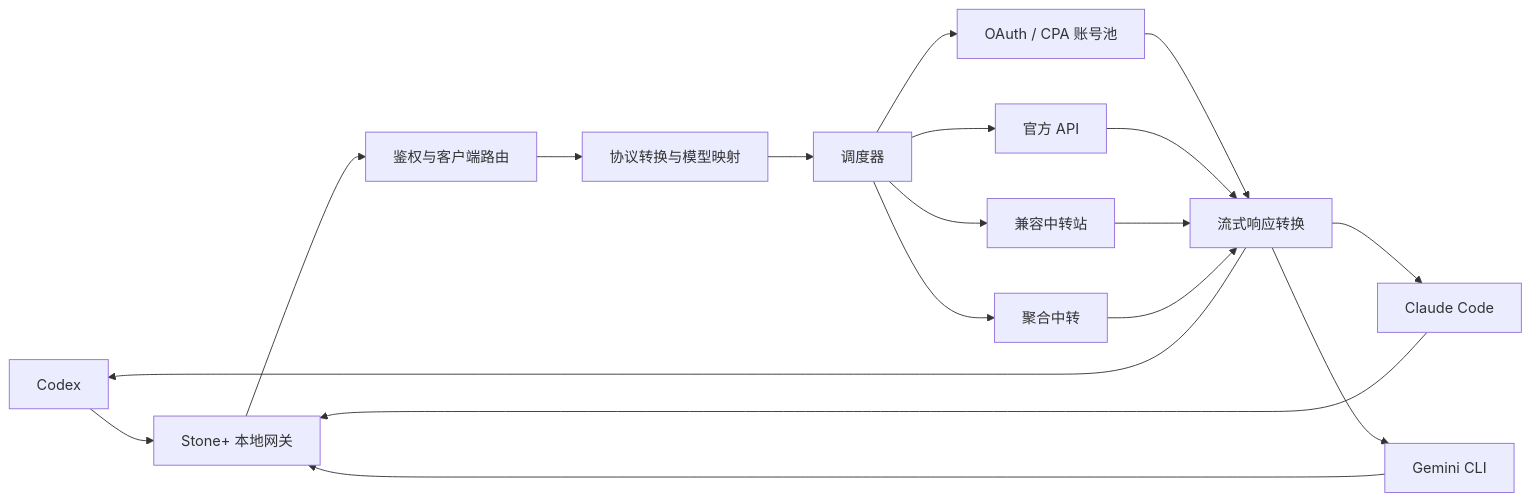
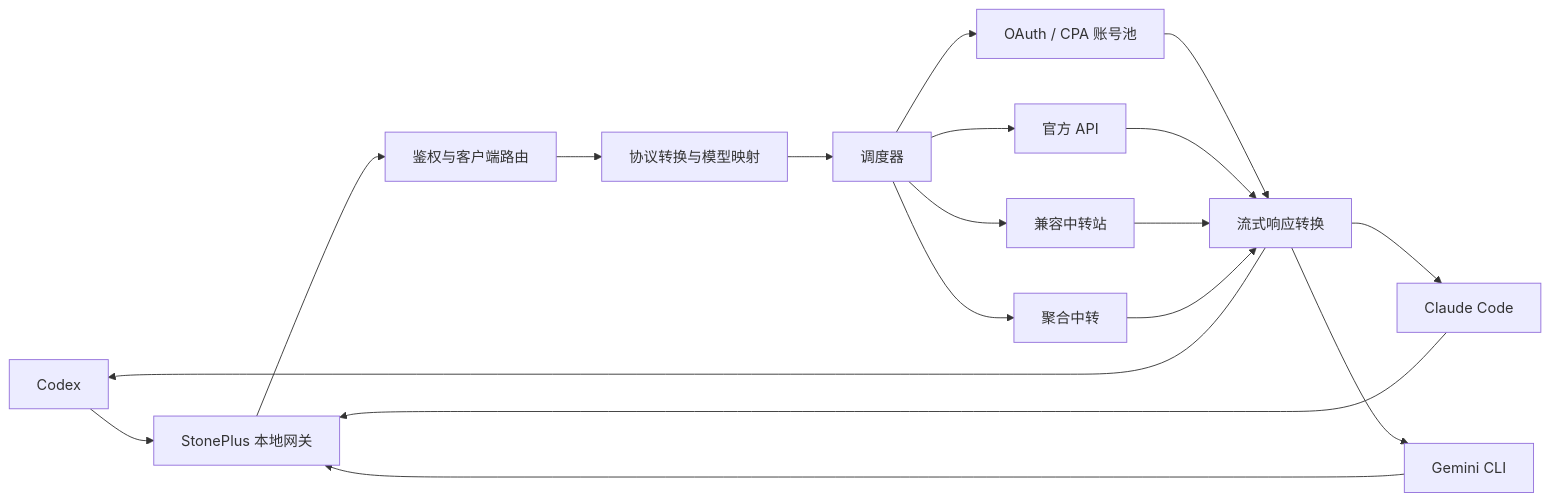
The first of 2 diagrams in README.md (M4rkzzz/stone-plus), drawn with Mermaid before and after one commit. The commit also changed other lines of this file and 55 other files, not shown here.

Commit message:
chore: rename product to StonePlus

````diff
--- a/README.md
+++ b/README.md
@@ -166,23 +166,23 @@
 ```mermaid
 flowchart LR
-  C1["Codex"] --> G["Stone+ 本地网关"]
+  C1["Codex"] --> G["StonePlus 本地网关"]
   C2["Claude Code"] --> G
   C3["Gemini CLI"] --> G
 
   G --> A["鉴权与客户端路由"]
   A --> P["协议转换与模型映射"]
   P --> S["调度器"]
 
   S --> O1["OAuth / CPA 账号池"]
   S --> O2["官方 API"]
   S --> O3["兼容中转站"]
   S --> O4["聚合中转"]
 
   O1 --> R["流式响应转换"]
   O2 --> R
   O3 --> R
   O4 --> R
   R --> C1
   R --> C2
   R --> C3
 ```
````
